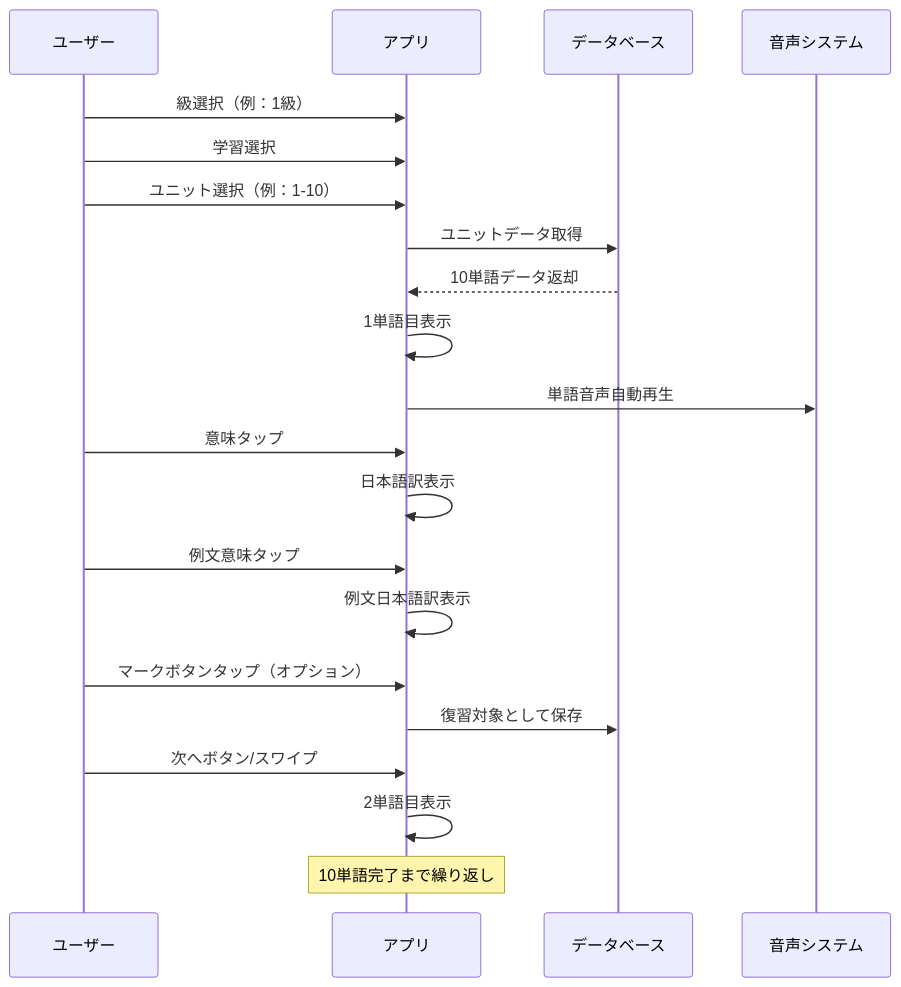
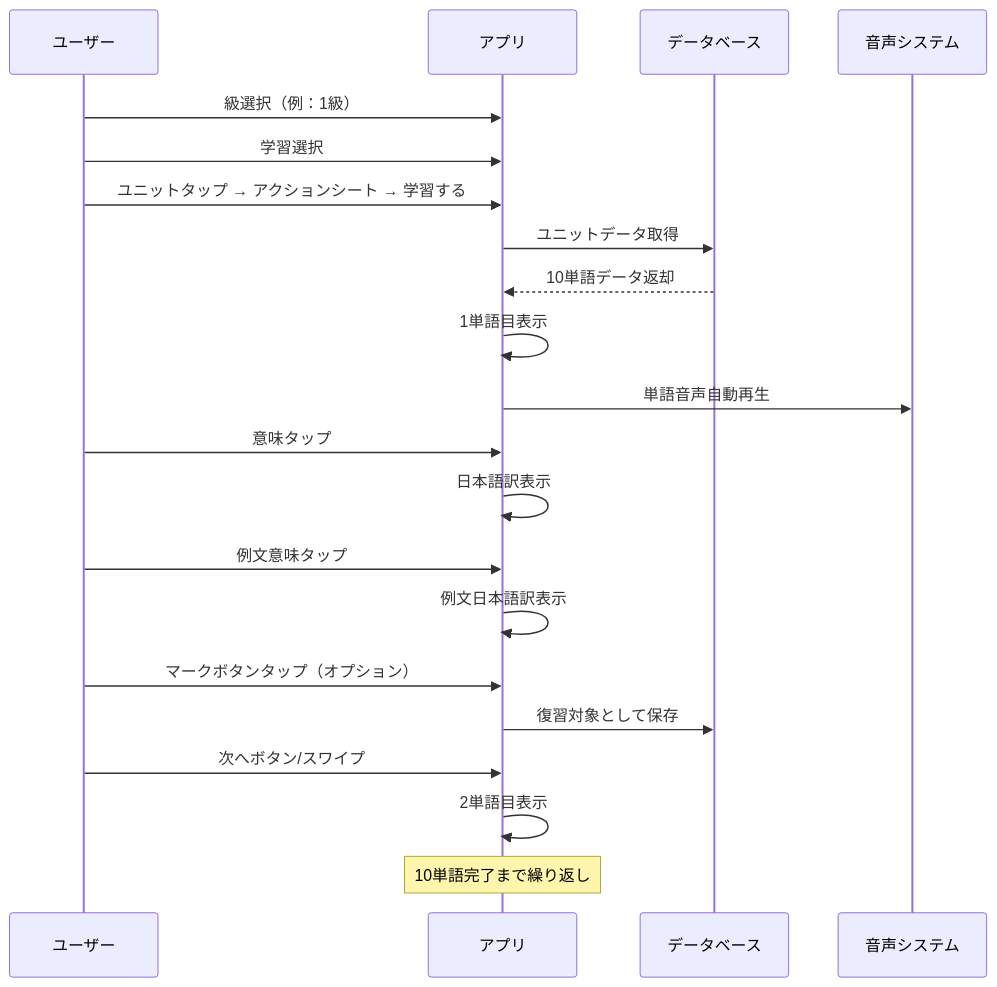
Before and after one commit to yuichkun/topik-dojo: the second of 4 diagrams in docs/screen-flows.md, drawn with Mermaid. The commit also changed other lines of this file and 12 other files, not shown here.

````diff
--- a/docs/screen-flows.md
+++ b/docs/screen-flows.md
@@ -30,24 +32,24 @@
 ```mermaid
 sequenceDiagram
     participant U as ユーザー
     participant A as アプリ
     participant D as データベース
     participant S as 音声システム
-    
+
     U->>A: 級選択（例：1級）
     U->>A: 学習選択
-    U->>A: ユニット選択（例：1-10）
+    U->>A: ユニットタップ → アクションシート → 学習する
     A->>D: ユニットデータ取得
     D-->>A: 10単語データ返却
     A->>A: 1単語目表示
     A->>S: 単語音声自動再生
     U->>A: 意味タップ
     A->>A: 日本語訳表示
     U->>A: 例文意味タップ
     A->>A: 例文日本語訳表示
     U->>A: マークボタンタップ（オプション）
     A->>D: 復習対象として保存
     U->>A: 次へボタン/スワイプ
     A->>A: 2単語目表示
     Note over A: 10単語完了まで繰り返し
 ```
````
